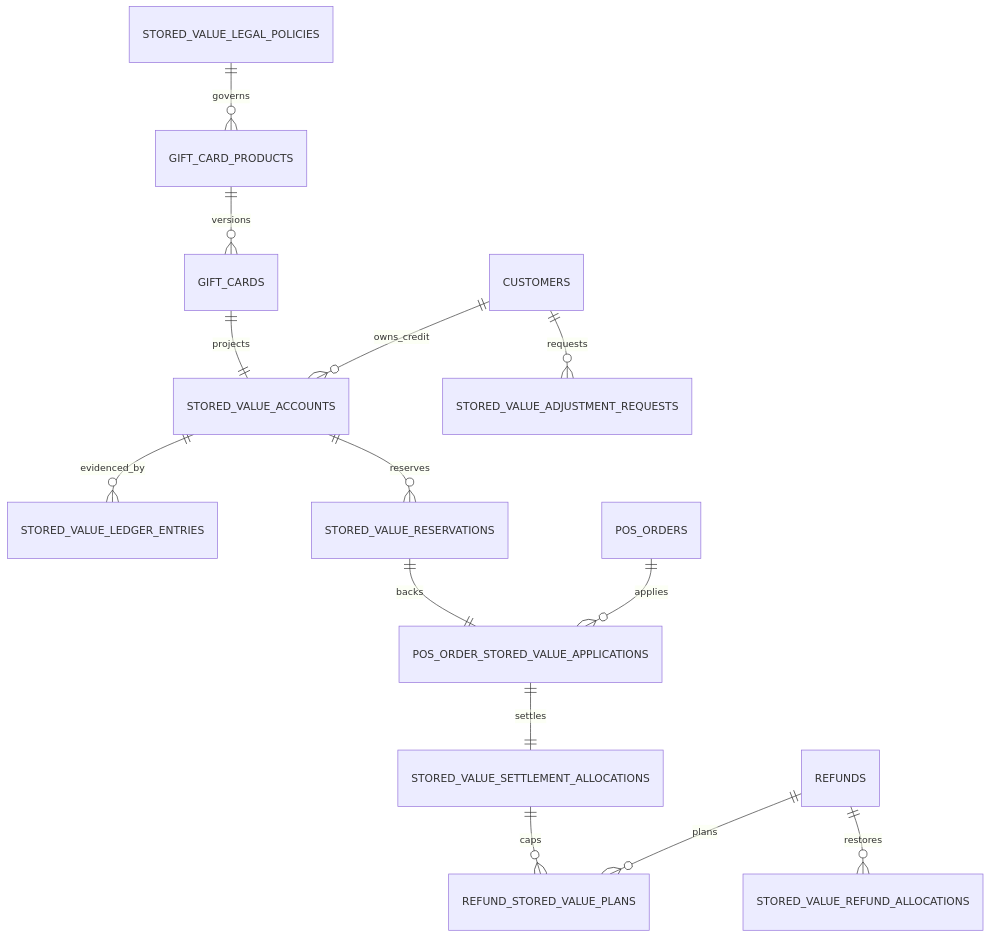
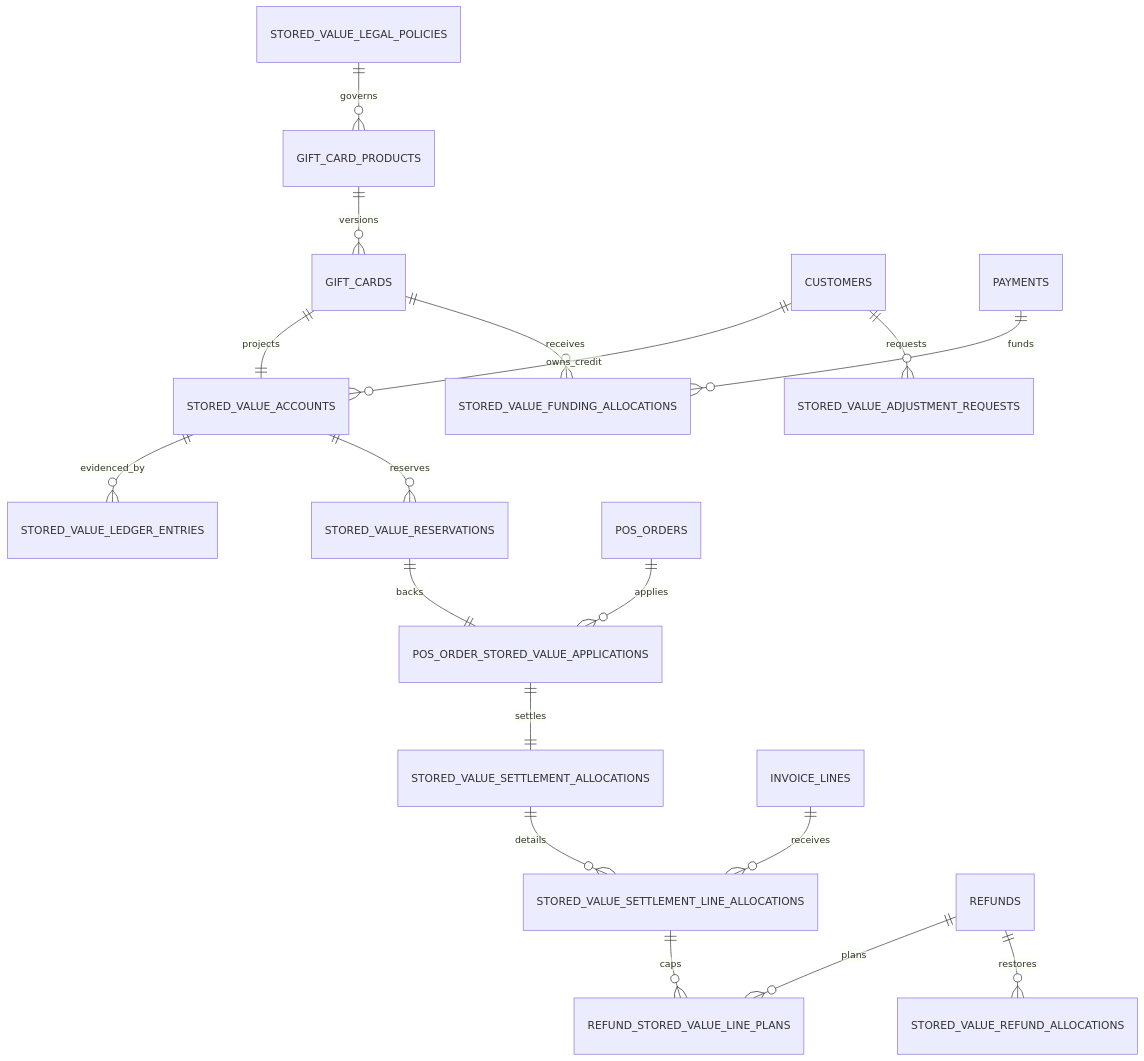
The diagram in docs/architecture/erd-sprint10.md (cuongdesignnb/nailsoft), drawn with Mermaid before and after one commit. The commit also changed other lines of this file and 43 other files, not shown here.

Commit message:
feat: close Sprint 10 stored-value correctness

````diff
--- a/docs/architecture/erd-sprint10.md
+++ b/docs/architecture/erd-sprint10.md
@@ -3,16 +3,20 @@
 ```mermaid
 erDiagram
   GIFT_CARD_PRODUCTS ||--o{ GIFT_CARDS : versions
   STORED_VALUE_LEGAL_POLICIES ||--o{ GIFT_CARD_PRODUCTS : governs
   GIFT_CARDS ||--|| STORED_VALUE_ACCOUNTS : projects
   CUSTOMERS ||--o{ STORED_VALUE_ACCOUNTS : owns_credit
   STORED_VALUE_ACCOUNTS ||--o{ STORED_VALUE_LEDGER_ENTRIES : evidenced_by
   STORED_VALUE_ACCOUNTS ||--o{ STORED_VALUE_RESERVATIONS : reserves
   POS_ORDERS ||--o{ POS_ORDER_STORED_VALUE_APPLICATIONS : applies
   STORED_VALUE_RESERVATIONS ||--|| POS_ORDER_STORED_VALUE_APPLICATIONS : backs
   POS_ORDER_STORED_VALUE_APPLICATIONS ||--|| STORED_VALUE_SETTLEMENT_ALLOCATIONS : settles
-  REFUNDS ||--o{ REFUND_STORED_VALUE_PLANS : plans
-  STORED_VALUE_SETTLEMENT_ALLOCATIONS ||--o{ REFUND_STORED_VALUE_PLANS : caps
+  PAYMENTS ||--o{ STORED_VALUE_FUNDING_ALLOCATIONS : funds
+  GIFT_CARDS ||--o{ STORED_VALUE_FUNDING_ALLOCATIONS : receives
+  INVOICE_LINES ||--o{ STORED_VALUE_SETTLEMENT_LINE_ALLOCATIONS : receives
+  STORED_VALUE_SETTLEMENT_ALLOCATIONS ||--o{ STORED_VALUE_SETTLEMENT_LINE_ALLOCATIONS : details
+  REFUNDS ||--o{ REFUND_STORED_VALUE_LINE_PLANS : plans
+  STORED_VALUE_SETTLEMENT_LINE_ALLOCATIONS ||--o{ REFUND_STORED_VALUE_LINE_PLANS : caps
   REFUNDS ||--o{ STORED_VALUE_REFUND_ALLOCATIONS : restores
   CUSTOMERS ||--o{ STORED_VALUE_ADJUSTMENT_REQUESTS : requests
 ```
````
